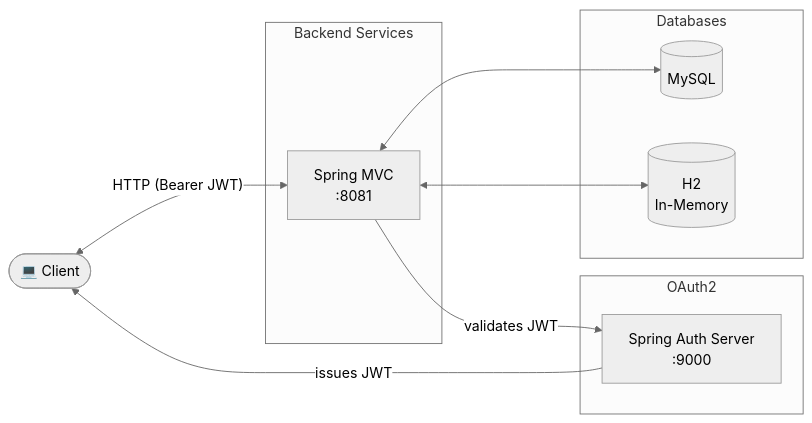
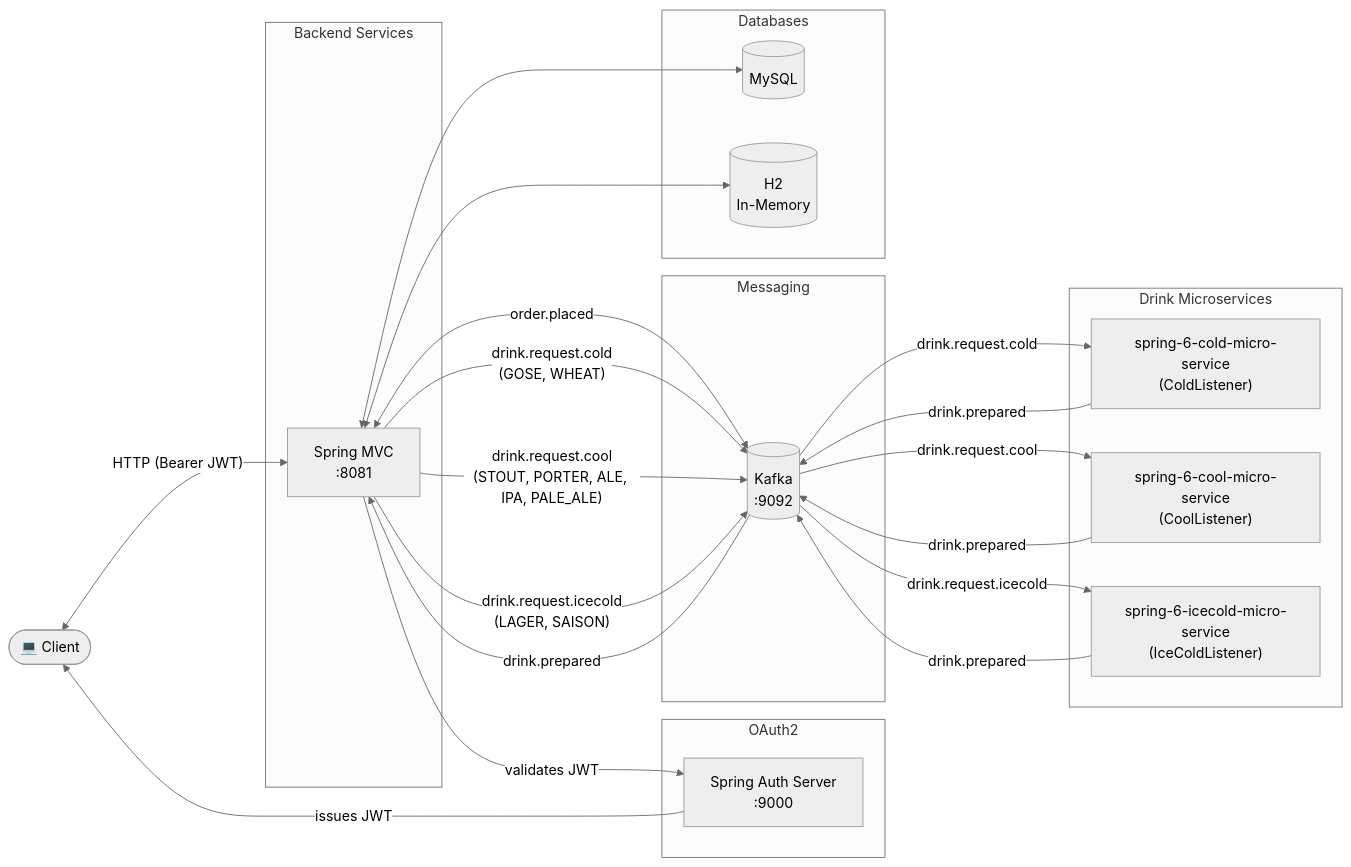
The first of 2 diagrams in README.md (dboeckli/spring-6-rest-mvc), drawn with Mermaid (neutral theme) before and after one commit. The commit also changed other lines of this file, not shown here.

Commit message:
docs(readme): enhance architecture diagram with Kafka topics and drink microservices (#242)

````diff
--- a/README.md
+++ b/README.md
@@ -8,23 +17,44 @@
 ```mermaid
 graph LR
     Client(["💻 Client"])
 
     subgraph Auth ["OAuth2"]
         AuthServer["Spring Auth Server\n:9000"]
     end
 
     subgraph Backends ["Backend Services"]
         MVC["Spring MVC\n:8081"]
     end
 
+    subgraph Messaging ["Messaging"]
+        Kafka[("Kafka\n:9092")]
+    end
+
+    subgraph Drinks ["Drink Microservices"]
+        Cold["spring-6-cold-micro-service\n(ColdListener)"]
+        Cool["spring-6-cool-micro-service\n(CoolListener)"]
+        IceCold["spring-6-icecold-micro-service\n(IceColdListener)"]
+    end
+
     subgraph Databases ["Databases"]
         MySQL[("MySQL")]
         H2[("H2\nIn-Memory")]
     end
 
     AuthServer -->|"issues JWT"| Client
     Client <-->|"HTTP (Bearer JWT)"| MVC
     MVC -->|"validates JWT"| AuthServer
     MVC <--> MySQL
     MVC <--> H2
+    MVC <-->|"order.placed"| Kafka
+    MVC -->|"drink.request.cold\n(GOSE, WHEAT)"| Kafka
+    MVC -->|"drink.request.cool\n(STOUT, PORTER, ALE, IPA, PALE_ALE)"| Kafka
+    MVC -->|"drink.request.icecold\n(LAGER, SAISON)"| Kafka
+    Kafka -->|"drink.request.cold"| Cold
+    Kafka -->|"drink.request.cool"| Cool
+    Kafka -->|"drink.request.icecold"| IceCold
+    Cold -->|"drink.prepared"| Kafka
+    Cool -->|"drink.prepared"| Kafka
+    IceCold -->|"drink.prepared"| Kafka
+    Kafka -->|"drink.prepared"| MVC
 ```
````
